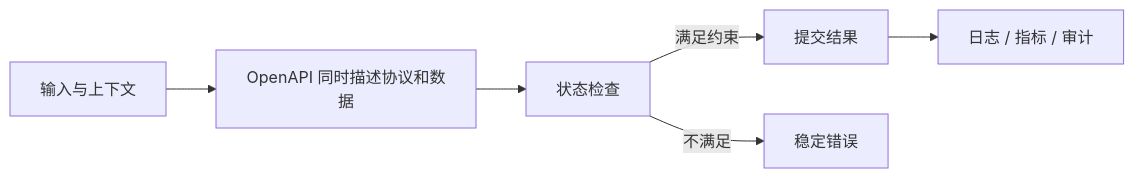
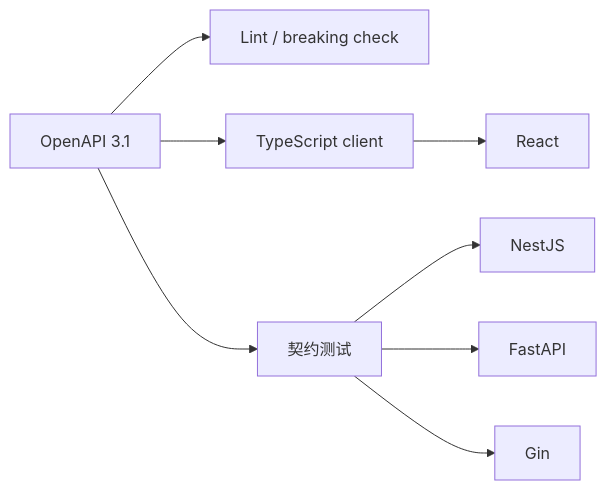
One commit to upJiang/jiang-blog-vitepress changed the diagram in docs/backend/openapi-contract-client-generation.md. Above: the diagram before and after it, drawn with Mermaid. The commit also changed other lines of this file and 341 other files, not shown here.

````diff
--- a/docs/backend/openapi-contract-client-generation.md
+++ b/docs/backend/openapi-contract-client-generation.md
@@ -34,8 +66,10 @@
 ```mermaid
 flowchart LR
-  A[输入与上下文] --> B[OpenAPI 同时描述协议和数据]
-  B --> C[状态检查]
-  C -->|满足约束| D[提交结果]
-  C -->|不满足| E[稳定错误]
-  D --> F[日志 / 指标 / 审计]
+  SPEC[OpenAPI 3.1] --> LINT[Lint / breaking check]
+  SPEC --> TS[TypeScript client]
+  SPEC --> TEST[契约测试]
+  TS --> REACT[React]
+  TEST --> NODE[NestJS]
+  TEST --> PY[FastAPI]
+  TEST --> GO[Gin]
 ```
````
